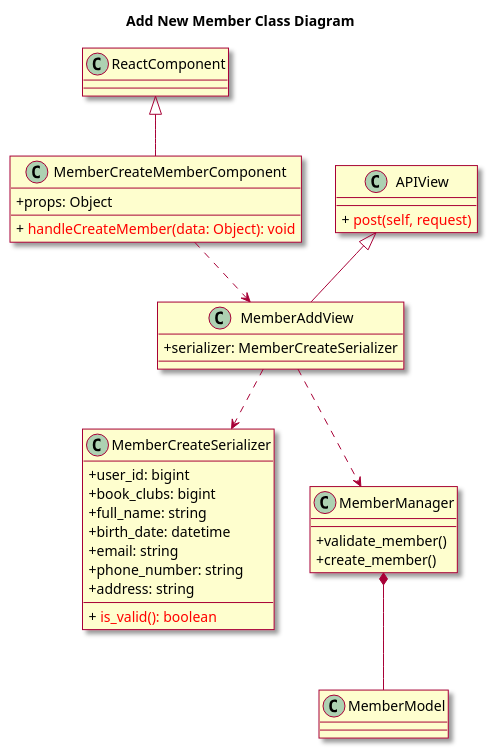
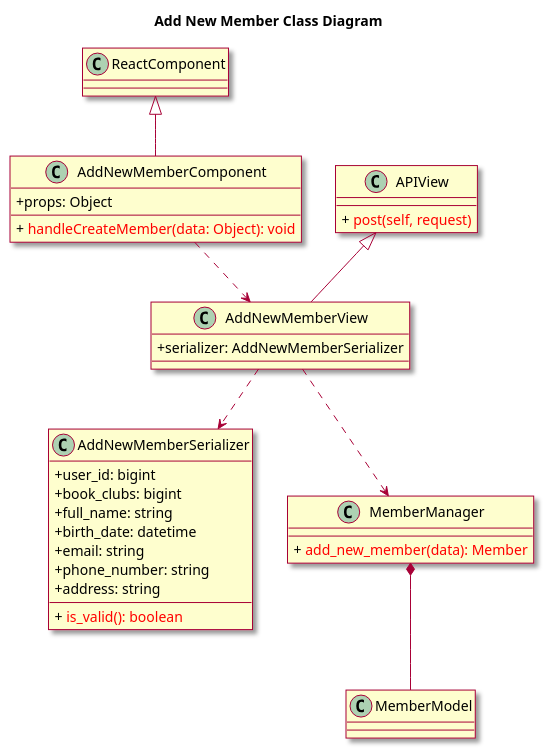
Before and after one commit to ljttl3q04t/Book-Over-There: the diagram in uml/023-class-add-new-member.wsd, drawn with PlantUML. The commit also changed 5 other files, not shown here.

```diff
--- a/uml/023-class-add-new-member.wsd
+++ b/uml/023-class-add-new-member.wsd
@@ -1,47 +1,46 @@
 @startuml
 skin rose
 skinparam classAttributeIconSize 0
 
 title Add New Member Class Diagram
 class ReactComponent
 
-class MemberCreateMemberComponent {
+class AddNewMemberComponent {
 	+ props: Object
 	+ {method} <color:red> handleCreateMember(data: Object): void
 }
 
-class MemberAddView {
-	+ serializer: MemberCreateSerializer
+class AddNewMemberView {
+	+ serializer: AddNewMemberSerializer
 }
 
 class APIView {
 	+ {method} <color:red> post(self, request)
 }
 
-class MemberCreateSerializer {
+class AddNewMemberSerializer {
 	  + user_id: bigint
     + book_clubs: bigint
     + full_name: string
     + birth_date: datetime 
     + email: string
     + phone_number: string
     + address: string
 	+ {method} <color:red> is_valid(): boolean
 }
 
 class MemberManager {
-  + validate_member()
-  + create_member()
+  + {method} <color:red> add_new_member(data): Member
 }
 
 class MemberModel {
 }
 
-ReactComponent <|-- MemberCreateMemberComponent
-APIView <|-- MemberAddView
-MemberCreateMemberComponent ..> MemberAddView
-MemberAddView ..> MemberCreateSerializer
-MemberAddView ..> MemberManager
+ReactComponent <|-- AddNewMemberComponent
+APIView <|-- AddNewMemberView
+AddNewMemberComponent ..> AddNewMemberView
+AddNewMemberView ..> AddNewMemberSerializer
+AddNewMemberView ..> MemberManager
 MemberManager *-- MemberModel
 
 @enduml
```
